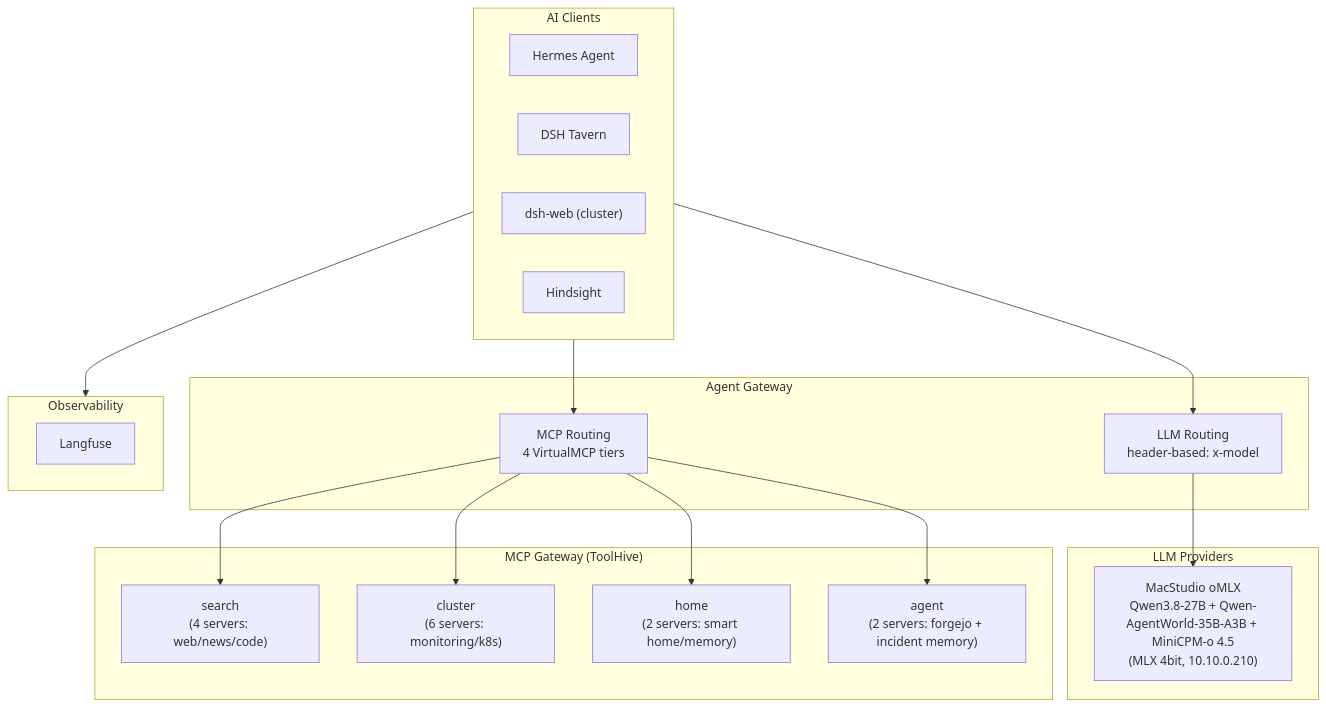
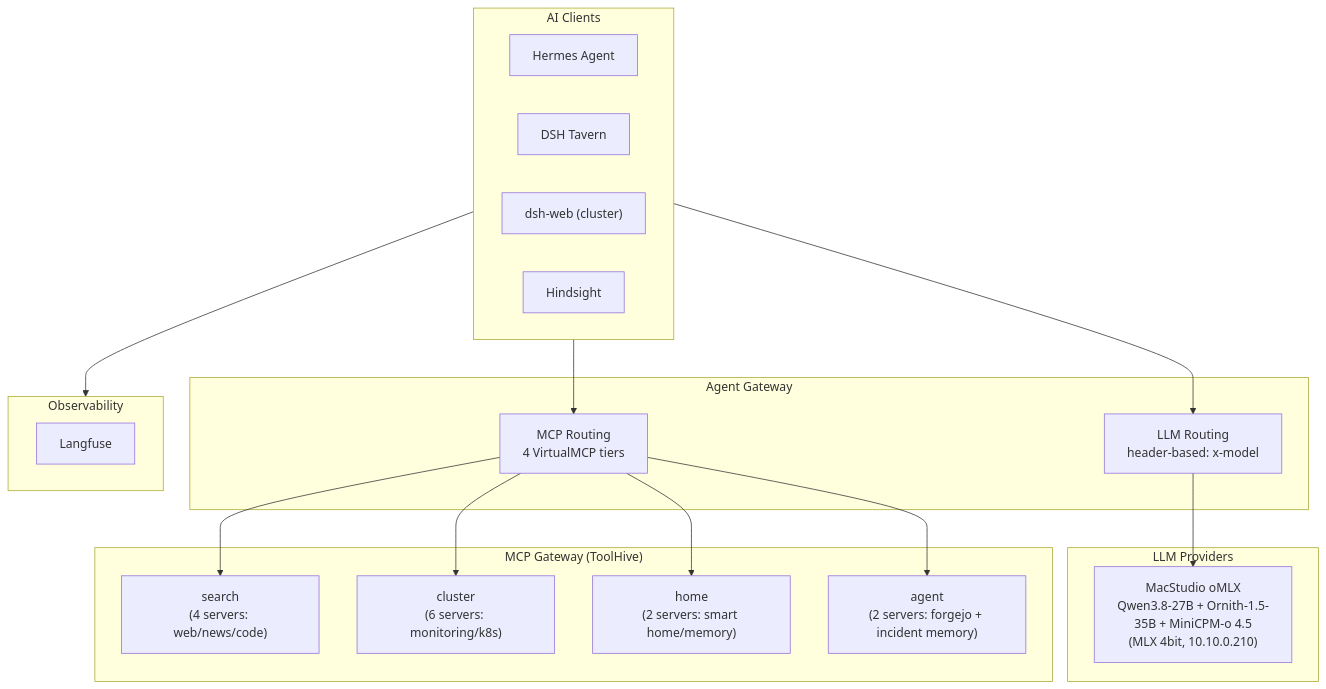
One commit to soulwhisper/home-ops changed the diagram in docs/application/ai.md. Above: the diagram before and after it, drawn with Mermaid. The commit also changed other lines of this file and 6 other files, not shown here.

First line of the commit message:
feat(agentgateway): rotate agent lane to ornith-1.5-35b-a3b (#4311)

````diff
--- a/docs/application/ai.md
+++ b/docs/application/ai.md
@@ -8,38 +8,38 @@
 ```mermaid
 flowchart TB
     subgraph Clients["AI Clients"]
         Hermes["Hermes Agent"]
         Tavern["DSH Tavern"]
         DSHW["dsh-web (cluster)"]
         HS["Hindsight"]
     end
 
     subgraph Gateway["Agent Gateway"]
         AG-LLM["LLM Routing<br/>header-based: x-model"]
         AG-MCP["MCP Routing<br/>4 VirtualMCP tiers"]
     end
 
     subgraph LLM["LLM Providers"]
-        Studio["MacStudio oMLX<br/>Qwen3.8-27B + Qwen-AgentWorld-35B-A3B + MiniCPM-o 4.5<br/>(MLX 4bit, 10.10.0.210)"]
+        Studio["MacStudio oMLX<br/>Qwen3.8-27B + Ornith-1.5-35B + MiniCPM-o 4.5<br/>(MLX 4bit, 10.10.0.210)"]
     end
 
     subgraph MCP["MCP Gateway (ToolHive)"]
         VMCP-SEARCH["search<br/>(4 servers: web/news/code)"]
         VMCP-CLUSTER["cluster<br/>(6 servers: monitoring/k8s)"]
         VMCP-HOME["home<br/>(2 servers: smart home/memory)"]
         VMCP-AGENT["agent<br/>(2 servers: forgejo + incident memory)"]
     end
 
     subgraph Obs["Observability"]
         Langfuse["Langfuse"]
     end
 
     Clients --> AG-LLM
     Clients --> AG-MCP
     AG-LLM --> Studio
     AG-MCP --> VMCP-SEARCH
     AG-MCP --> VMCP-CLUSTER
     AG-MCP --> VMCP-HOME
     AG-MCP --> VMCP-AGENT
     Clients --> Obs
 ```
````
